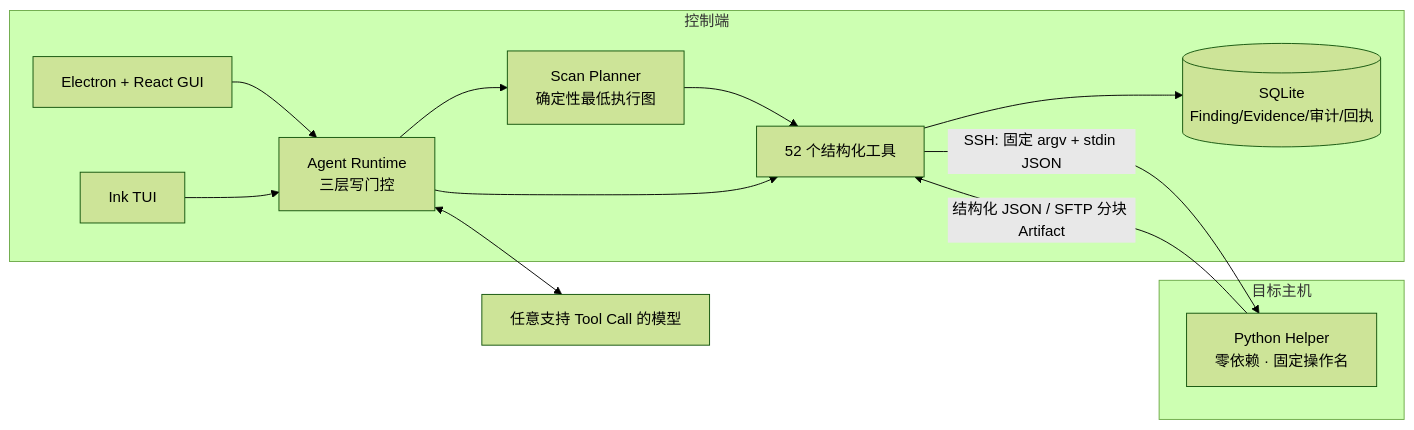
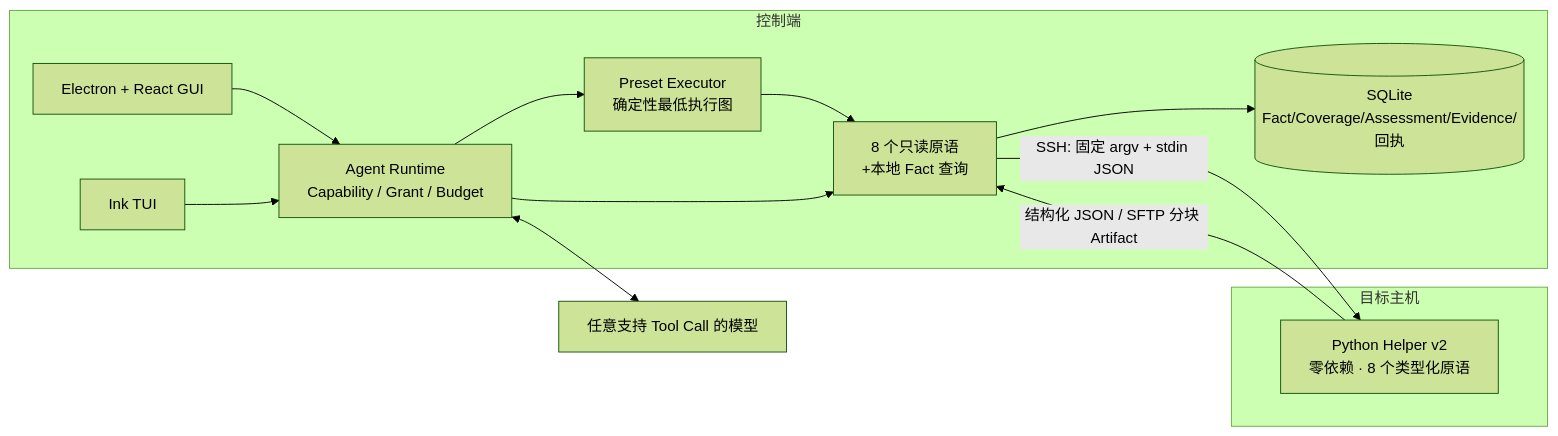
One commit to IceWindy233/HuntWarden changed the first of 2 diagrams in README.md. Above: the diagram before and after it, drawn with Mermaid (forest theme). The commit also changed other lines of this file and 155 other files, not shown here.

````diff
--- a/README.md
+++ b/README.md
@@ -28,25 +28,25 @@
 ```mermaid
 flowchart LR
   subgraph 控制端
     GUI[Electron + React GUI]
     TUI[Ink TUI]
-    RT[Agent Runtime<br/>三层写门控]
-    SP[Scan Planner<br/>确定性最低执行图]
-    TOOLS[52 个结构化工具]
-    STORE[(SQLite<br/>Finding/Evidence/审计/回执)]
+    RT[Agent Runtime<br/>Capability / Grant / Budget]
+    SP[Preset Executor<br/>确定性最低执行图]
+    TOOLS[8 个只读原语<br/>+本地 Fact 查询]
+    STORE[(SQLite<br/>Fact/Coverage/Assessment/Evidence/回执)]
   end
   subgraph 目标主机
-    HELPER[Python Helper<br/>零依赖 · 固定操作名]
+    HELPER[Python Helper v2<br/>零依赖 · 8 个类型化原语]
   end
   LLM[任意支持 Tool Call 的模型]
 
   GUI --> RT
   TUI --> RT
   RT <--> LLM
   RT --> SP
   SP --> TOOLS
   RT --> TOOLS
   TOOLS -->|SSH: 固定 argv + stdin JSON| HELPER
   HELPER -->|结构化 JSON / SFTP 分块 Artifact| TOOLS
   TOOLS --> STORE
 ```
````
